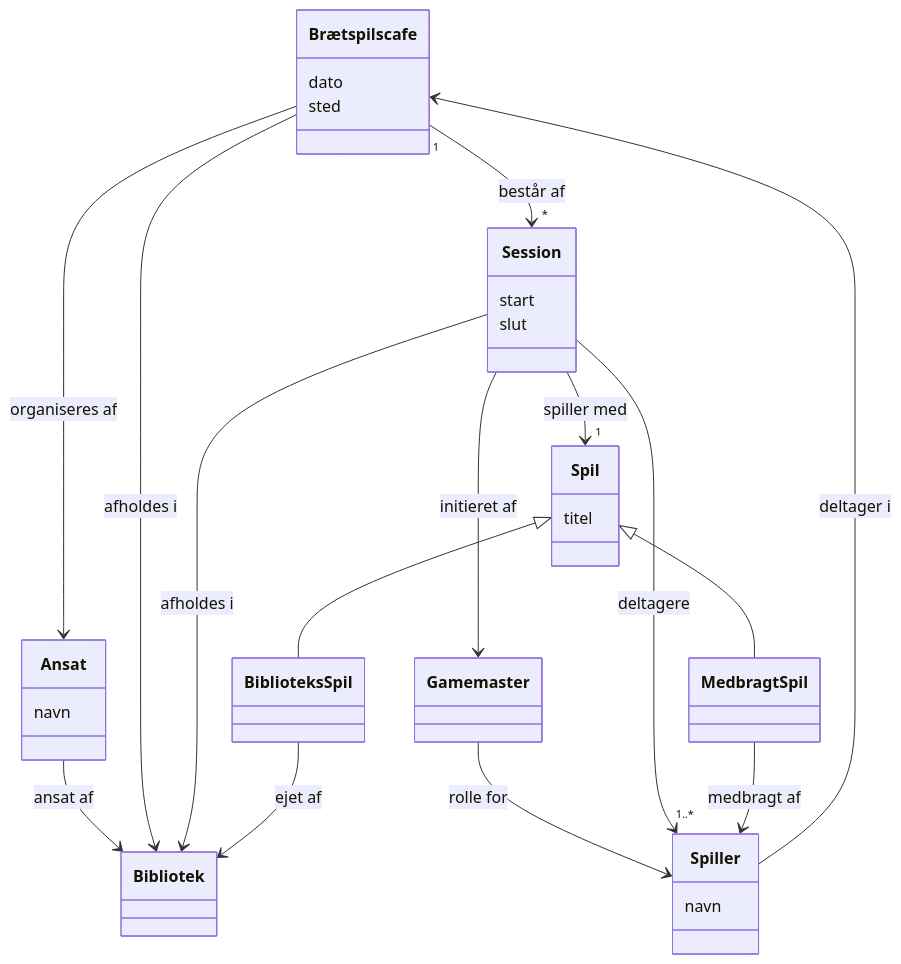
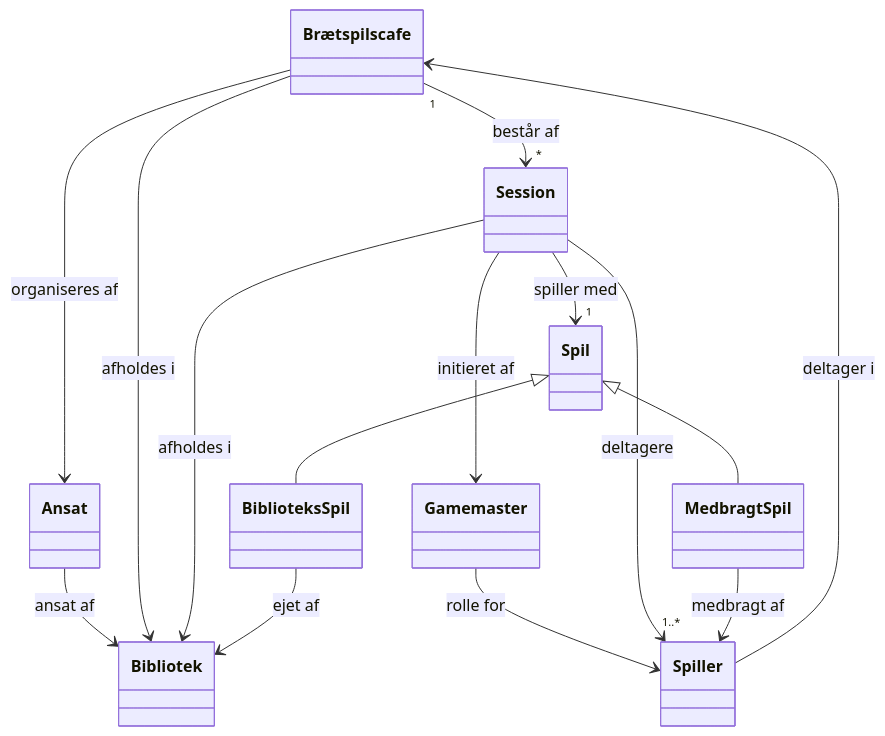
The third of 3 diagrams in 02 notes/Domænemodel.md (MatiasHeiberg/1.semesterprojekt), drawn with Mermaid before and after one commit. The commit also changed other lines of this file and 2 other files, not shown here.

Commit message:
feedback fra Niels og arbejde på klassediagram

````diff
--- a/02 notes/Domænemodel.md
+++ b/02 notes/Domænemodel.md
@@ -148,46 +196,34 @@
 ```mermaid
 classDiagram
 
 class Bibliotek 
-class Ansat {
-	navn
-}
+class Ansat
 Ansat --> Bibliotek : ansat af
 
-class Brætspilscafe {
-	dato
-	sted
-}
+class Brætspilscafe
 Brætspilscafe --> Bibliotek : afholdes i
 Brætspilscafe --> Ansat : organiseres af
 Brætspilscafe "1" --> "*" Session : består af
 
-class Spiller {
-	navn
-}
+class Spiller
 Spiller --> Brætspilscafe : deltager i
 
 class Gamemaster 
 Gamemaster --> Spiller : rolle for
 
-class Session {
-	start
-	slut
-}
+class Session 
 Session --> Gamemaster : initieret af
 Session --> "1..*" Spiller : deltagere
 Session --> "1" Spil : spiller med
 Session --> Bibliotek : afholdes i
 
-class Spil {
-    titel
-}
+class Spil
 Spil <|-- BiblioteksSpil
 Spil <|-- MedbragtSpil
 
 class BiblioteksSpil 
 BiblioteksSpil --> Bibliotek : ejet af
 
 class MedbragtSpil 
 MedbragtSpil --> Spiller : medbragt af
 ```
````
